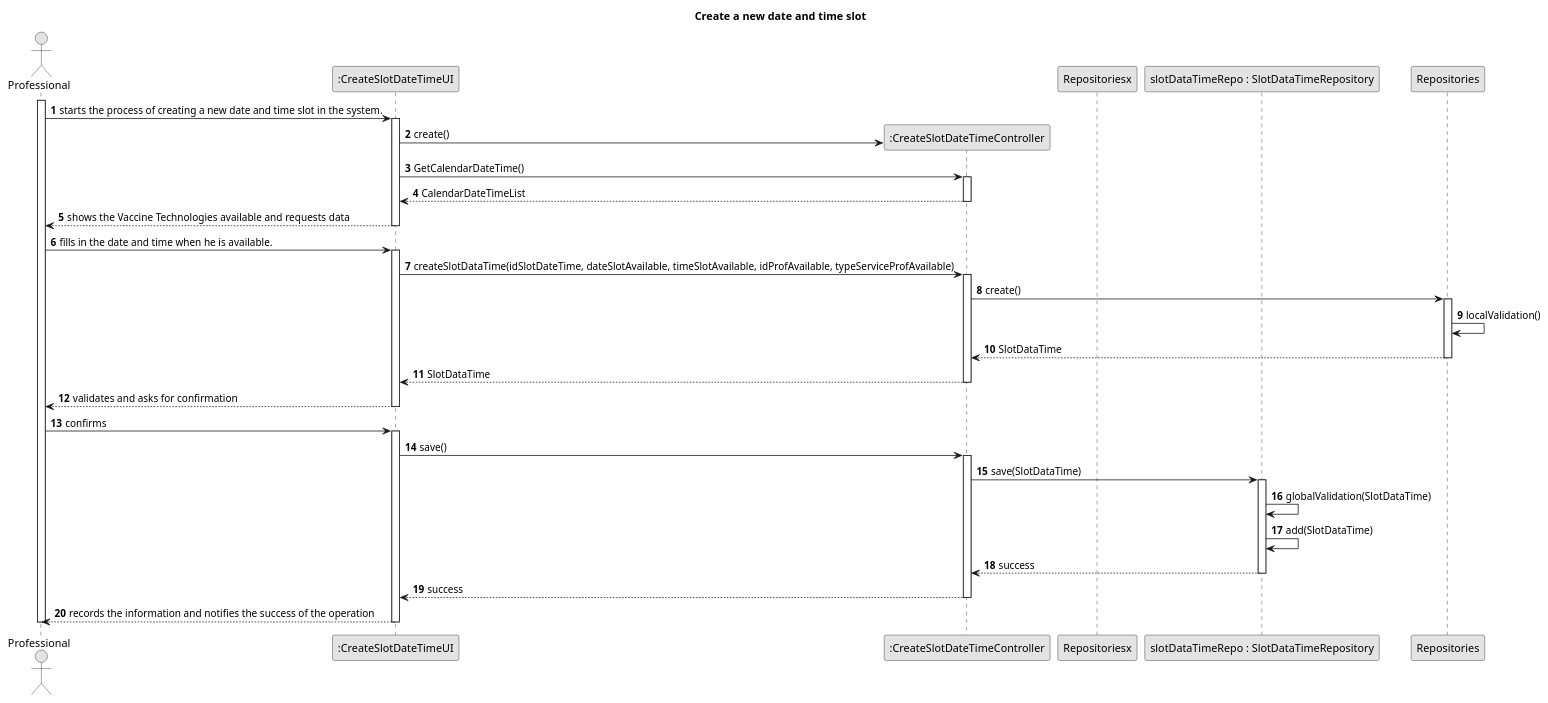
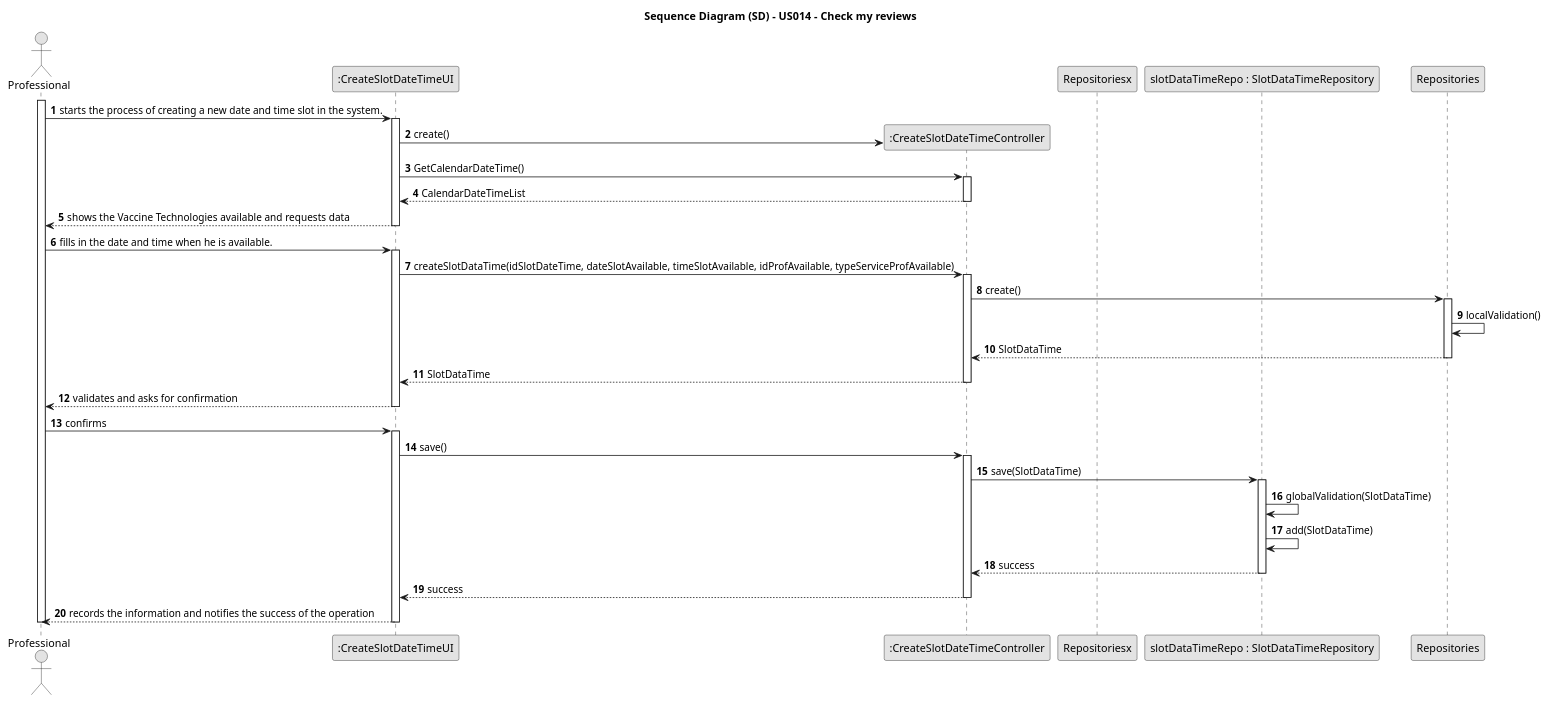
The diagram in javaSprint2GladlyGiven/Docs/UseCases/uc014/us014-SD.puml (tbarracha/Upskill-Sprint-2-Gladly-Given), drawn with PlantUML before and after one commit. The commit also changed 11 other files, not shown here.

```diff
--- a/javaSprint2GladlyGiven/Docs/UseCases/uc014/us014-SD.puml
+++ b/javaSprint2GladlyGiven/Docs/UseCases/uc014/us014-SD.puml
@@ -1,59 +1,59 @@
 @startuml
 skinparam monochrome true
 skinparam packageStyle rectangle
 skinparam shadowing false
 
-title Create a new date and time slot
+title Sequence Diagram (SD) - US014 - Check my reviews
 
 autonumber
 
 actor Professional
 participant ":CreateSlotDateTimeUI" as ui
 participant ":CreateSlotDateTimeController" as ctrl
 participant Repositoriesx
 participant "slotDataTimeRepo : SlotDataTimeRepository" as SlotDataTimeRepo
 
 
 activate Professional
 
     Professional -> ui : starts the process of creating a new date and time slot in the system.
     activate ui
         ui -> ctrl** : create()
         ui -> ctrl : GetCalendarDateTime()
         activate ctrl
                         ctrl --> ui : CalendarDateTimeList
             deactivate ctrl
             ui --> Professional : shows the Vaccine Technologies available and requests data
     deactivate ui
 
     Professional -> ui : fills in the date and time when he is available.
     activate ui
         ui -> ctrl : createSlotDataTime(idSlotDateTime, dateSlotAvailable, timeSlotAvailable, idProfAvailable, typeServiceProfAvailable)
         activate ctrl
             ctrl -> Repositories : create()
             activate Repositories
                 Repositories -> Repositories : localValidation()
                 Repositories --> ctrl : SlotDataTime
             deactivate Repositories
             ctrl --> ui : SlotDataTime
         deactivate ctrl
         ui --> Professional : validates and asks for confirmation
     deactivate ui
 
     Professional -> ui : confirms
     activate ui
         ui -> ctrl : save()
         activate ctrl
             ctrl -> SlotDataTimeRepo : save(SlotDataTime)
             activate SlotDataTimeRepo
                 SlotDataTimeRepo -> SlotDataTimeRepo : globalValidation(SlotDataTime)
                 SlotDataTimeRepo -> SlotDataTimeRepo : add(SlotDataTime)
                 SlotDataTimeRepo --> ctrl : success
             deactivate SlotDataTimeRepo
             ctrl --> ui : success
         deactivate ctrl
         ui --> Professional : records the information and notifies the success of the operation
     deactivate ui
 deactivate Professional
 
 @enduml
```
